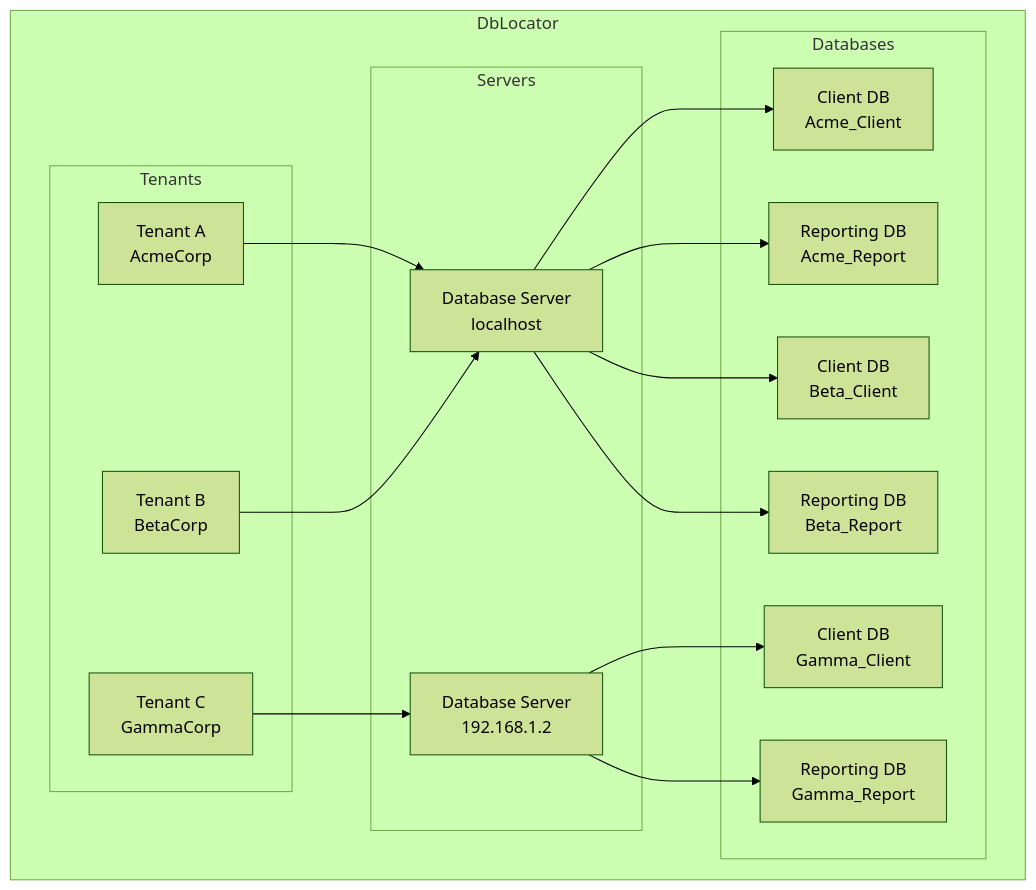
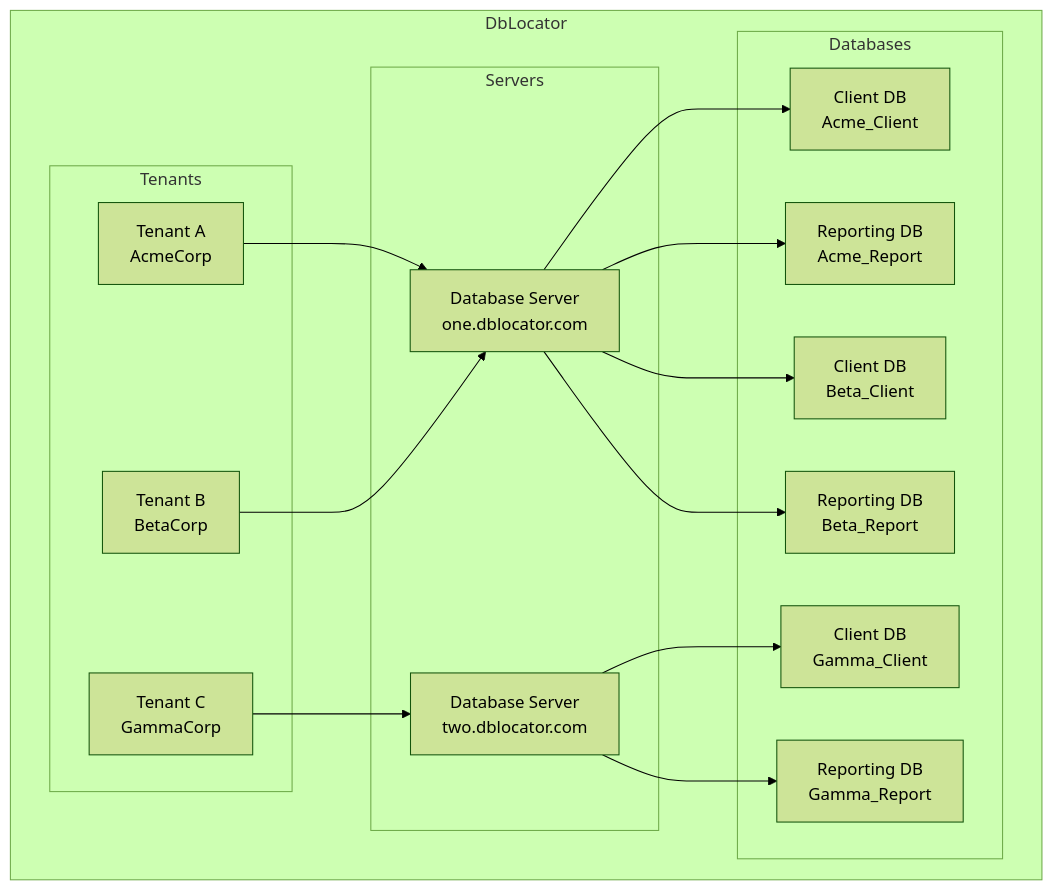
One commit to chizer1/DbLocator changed the diagram in README.md. Above: the diagram before and after it, drawn with Mermaid (forest theme). The commit also changed 1 other file, not shown here.

Commit message:
Update readme (#112)

````diff
--- a/README.md
+++ b/README.md
@@ -18,34 +18,34 @@
 ```mermaid
 graph TD
     subgraph DbLocator
         subgraph Tenants
             A[Tenant A<br/>AcmeCorp]
             B[Tenant B<br/>BetaCorp]
             C[Tenant C<br/>GammaCorp]
         end
         
         subgraph Servers
-            S1[Database Server<br/>localhost]
-            S2[Database Server<br/>192.168.1.2]
+            S1[Database Server<br/>one.dblocator.com]
+            S2[Database Server<br/>two.dblocator.com]
         end
         
         subgraph Databases
             D1[Client DB<br/>Acme_Client]
             D2[Reporting DB<br/>Acme_Report]
             D3[Client DB<br/>Beta_Client]
             D4[Reporting DB<br/>Beta_Report]
             D5[Client DB<br/>Gamma_Client]
             D6[Reporting DB<br/>Gamma_Report]
         end
         
         A --> S1
         B --> S1
         C --> S2
         S1 --> D1
         S1 --> D2
         S1 --> D3
         S1 --> D4
         S2 --> D5
         S2 --> D6
     end
 ```
````
